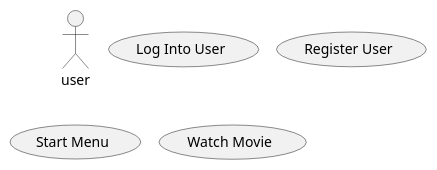
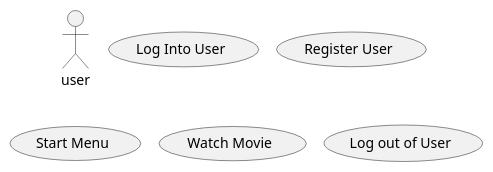
The diagram in src/UseCases.v0.puml (LauraRaun/Sp3Chill), drawn with PlantUML before and after one commit. The commit also changed 1 other file, not shown here.

```diff
--- a/src/UseCases.v0.puml
+++ b/src/UseCases.v0.puml
@@ -1,16 +1,18 @@
 @startuml
 'https://plantuml.com/use-case-diagram
 !pragma layout smetana
 
   actor user as u
 
 
   usecase "Log Into User" as UC1
   usecase "Register User" as UC2
   usecase "Start Menu" as UC3
   usecase "Watch Movie" as UC4
+   usecase "Log out of User" as UC5
+
 
 
 
 
 @enduml
```
